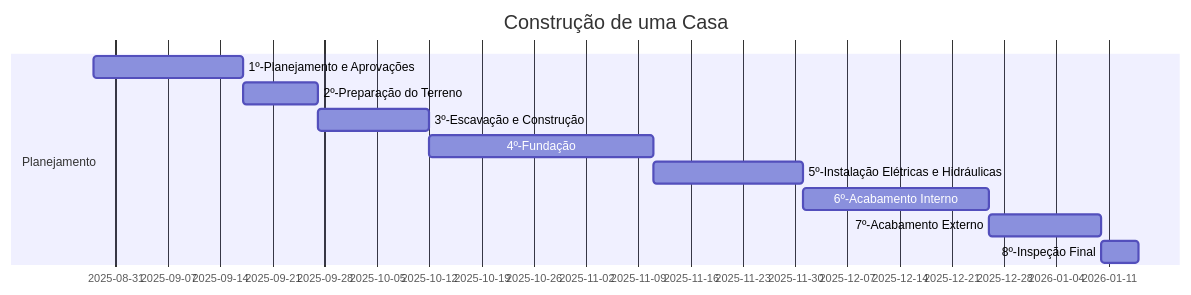
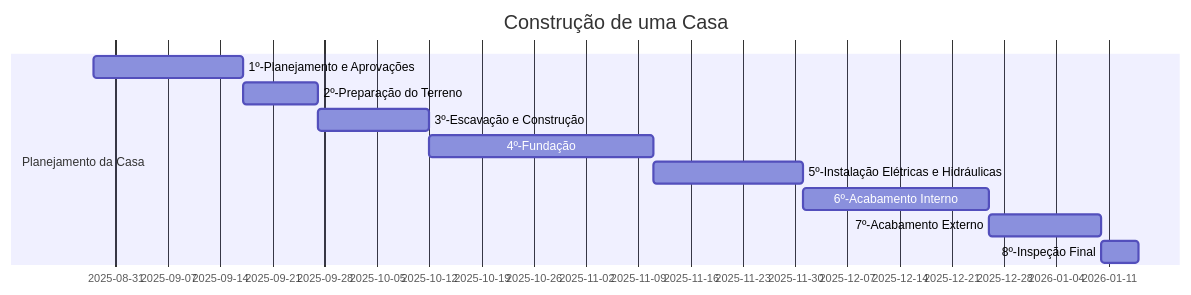
One commit to AnandaMazine/Grafico-Gantt changed the diagram in README.md. Above: the diagram before and after it, drawn with Mermaid.

````diff
--- a/README.md
+++ b/README.md
@@ -1,15 +1,15 @@
 ```mermaid
 gantt
 title Construção de uma Casa
 dateFormat YYYY-MM-DD
-section Planejamento
+section Planejamento da Casa
 1º-Planejamento e Aprovações:pa, 2025-08-28, 20d
 2º-Preparação do Terreno: pt, after pa, 10d
 3º-Escavação e Construção:ec, after pt, 15d
 4º-Fundação:fu, after ec, 30d
 5º-Instalação Elétricas e Hidráulicas:eh, after fu, 20d
 6º-Acabamento Interno:ai, after eh, 25d
 7º-Acabamento Externo:ae, after ai, 15d
 8º-Inspeção Final:if, after ae, 5d
 
 ```
````
